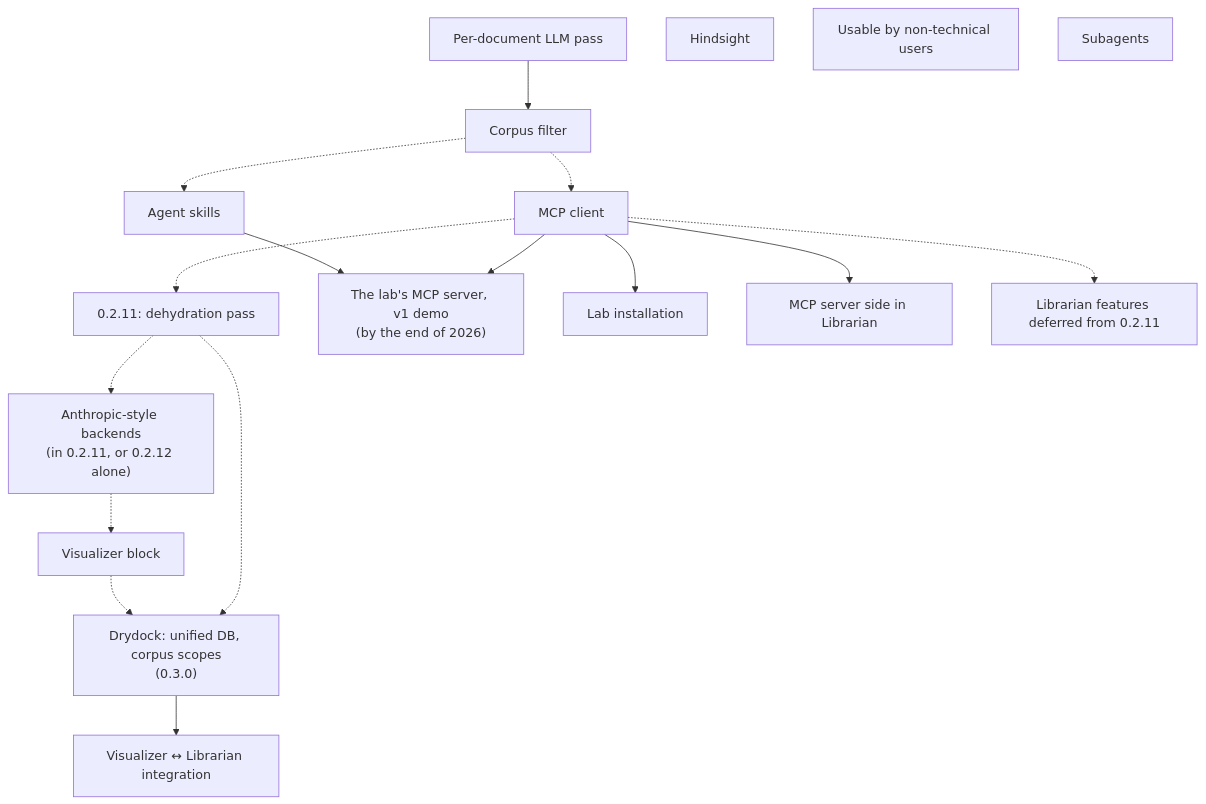
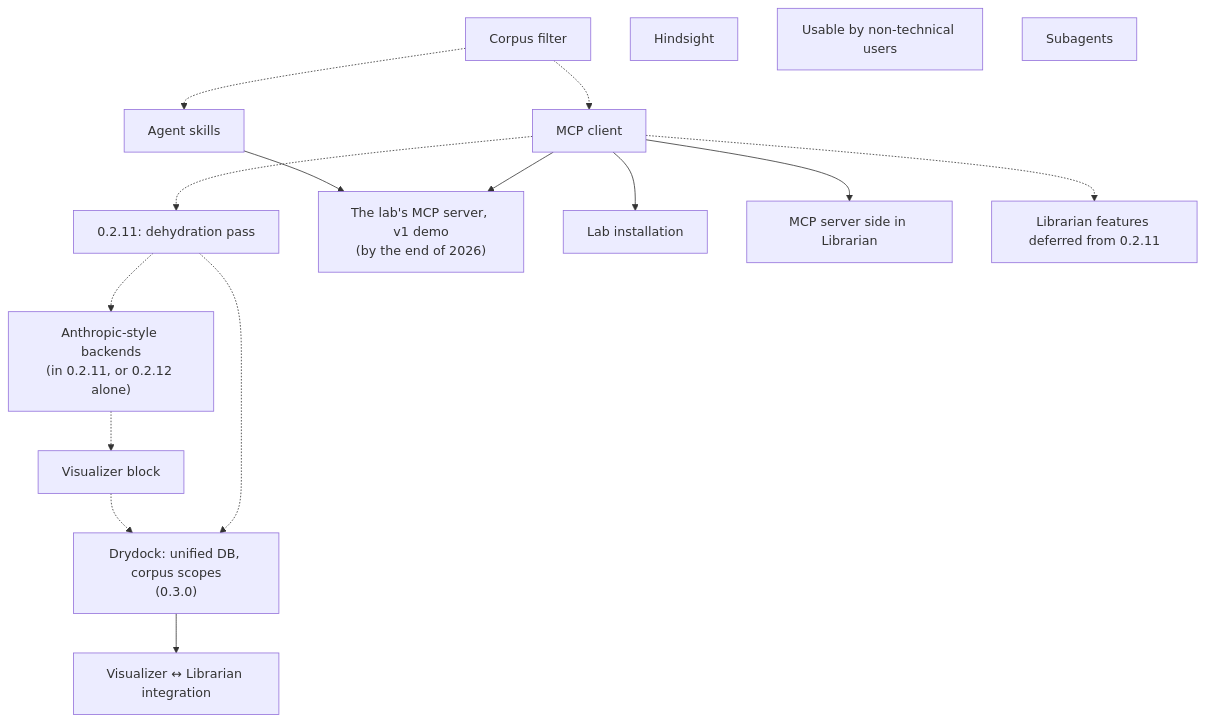
One commit to Technologicat/raven changed the diagram in briefs/roadmap.md. Above: the diagram before and after it, drawn with Mermaid. The commit also changed other lines of this file and 8 other files, not shown here.

First line of the commit message:
Close the per-document LLM pass brief

````diff
--- a/briefs/roadmap.md
+++ b/briefs/roadmap.md
@@ -13,34 +13,32 @@
 ```mermaid
 flowchart TD
-    PDP["Per-document LLM pass"]
     CF["Corpus filter"]
     MCP["MCP client"]
     SKL["Agent skills"]
     T11["0.2.11: dehydration pass"]
     ANT["Anthropic-style backends<br/>(in 0.2.11, or 0.2.12 alone)"]
     VIS["Visualizer block"]
     LABMCP["The lab's MCP server, v1 demo<br/>(by the end of 2026)"]
     LABINST["Lab installation"]
     HS["Hindsight"]
     DD["Drydock: unified DB, corpus scopes<br/>(0.3.0)"]
     INTEG["Visualizer ↔ Librarian integration"]
     USE["Usable by non-technical users"]
     SUB["Subagents"]
     MCPS["MCP server side in Librarian"]
     LIBF["Librarian features deferred from 0.2.11"]
 
-    PDP --> CF
     CF -.-> MCP
     CF -.-> SKL
     MCP --> LABMCP
     SKL --> LABMCP
     MCP --> LABINST
     MCP -.-> T11
     T11 -.-> ANT
     ANT -.-> VIS
     T11 -.-> DD
     VIS -.-> DD
     DD --> INTEG
     MCP --> MCPS
     MCP -.-> LIBF
 ```
````
